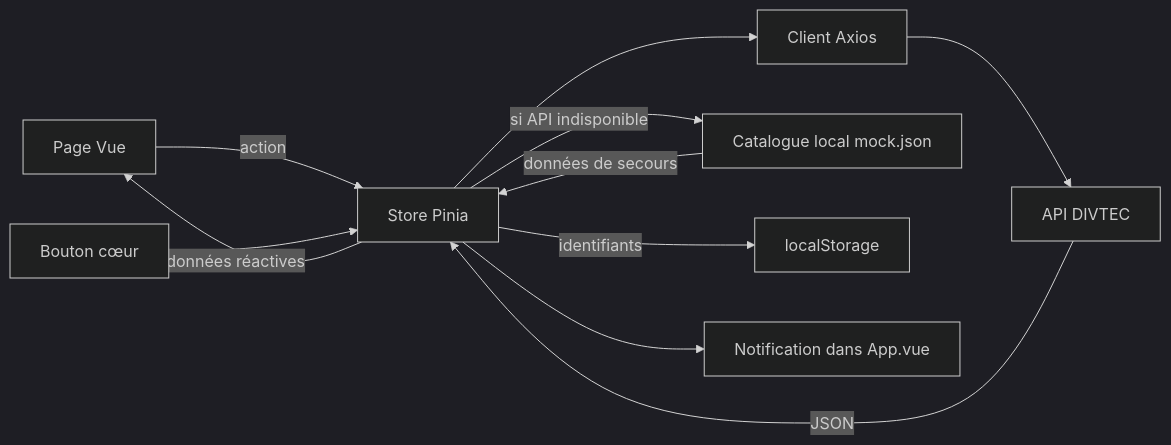
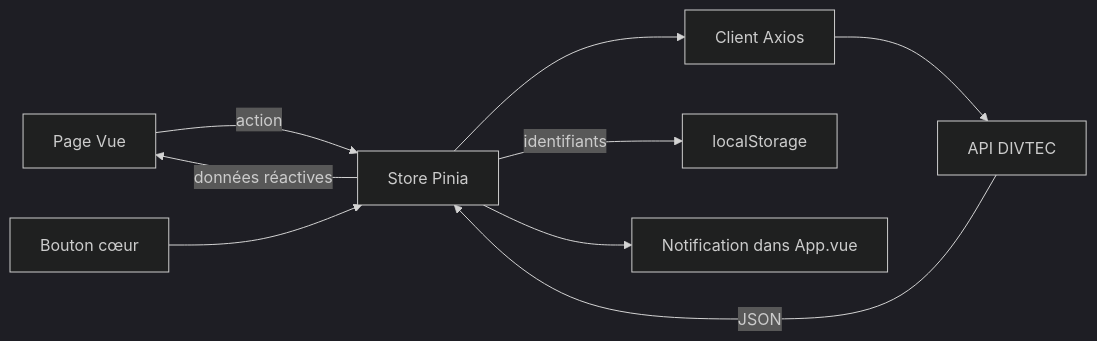
Before and after one commit to colinvogt/294-projet-deezer-vogtcol: the diagram in README.md, drawn with Mermaid (dark theme). The commit also changed other lines of this file and 1 other file, not shown here.

Commit message:
docs: actualiser les consignes apres le retrait du mock

````diff
--- a/README.md
+++ b/README.md
@@ -180,13 +163,11 @@
 ```mermaid
 flowchart LR
     Page[Page Vue] -->|action| Store[Store Pinia]
     Store --> Axios[Client Axios]
     Axios --> API[API DIVTEC]
     API -->|JSON| Store
-    Store -->|si API indisponible| Mock[Catalogue local mock.json]
-    Mock -->|données de secours| Store
     Store -->|données réactives| Page
     Coeur[Bouton cœur] --> Store
     Store -->|identifiants| Local[localStorage]
     Store --> Message[Notification dans App.vue]
 ```
````
